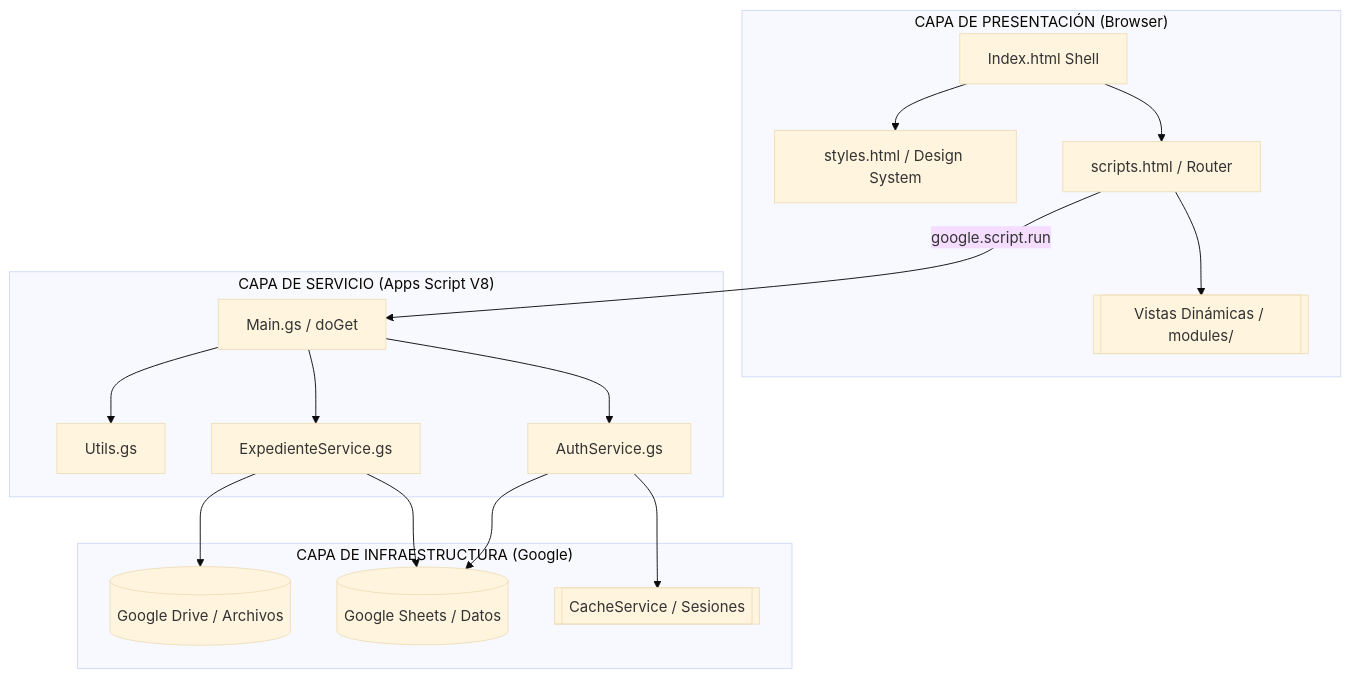
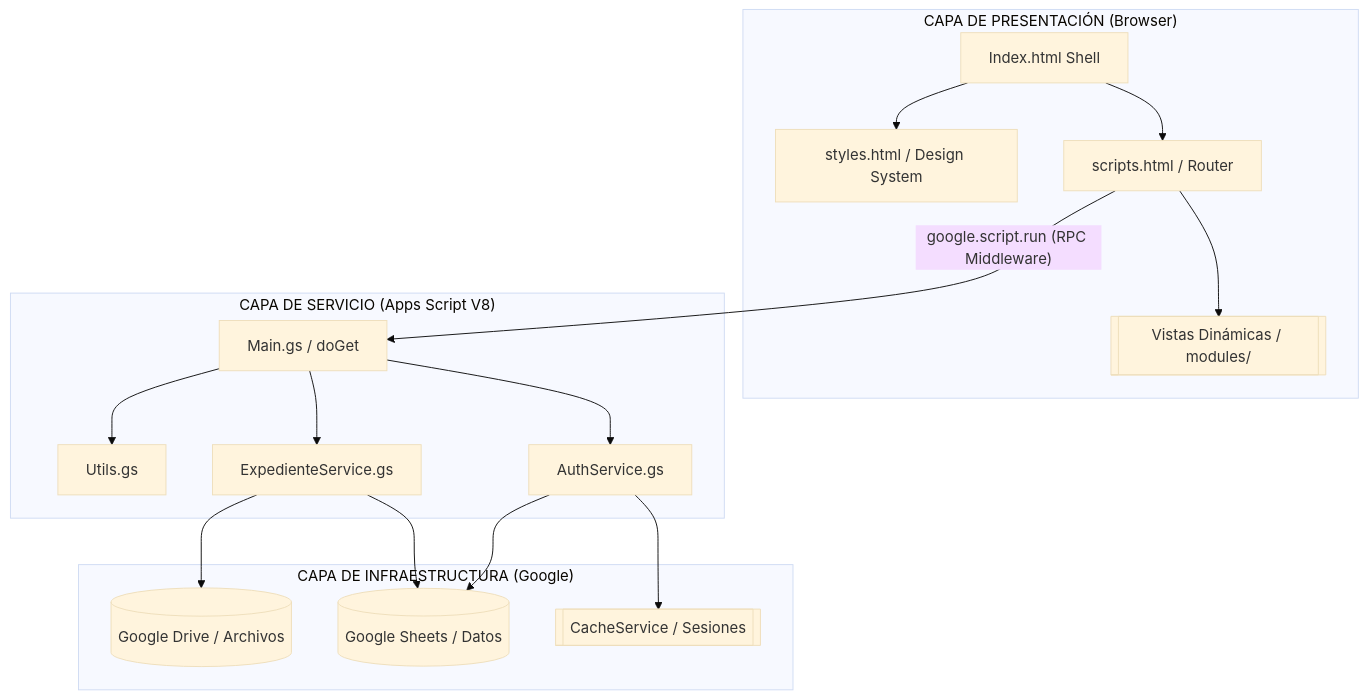
The first of 3 diagrams in README.md (jlangarica/Division-Servicios-Administrativos), drawn with Mermaid (base theme) before and after one commit. The commit also changed other lines of this file, not shown here.

````diff
--- a/README.md
+++ b/README.md
@@ -78,37 +80,37 @@
 ```mermaid
 graph TB
     subgraph "CAPA DE PRESENTACIÓN (Browser)"
         Index[Index.html Shell]
         Router[scripts.html / Router]
         CSS[styles.html / Design System]
         Modules[[Vistas Dinámicas / modules/]]
         
         Index --> Router
         Index --> CSS
         Router --> Modules
     end
 
     subgraph "CAPA DE SERVICIO (Apps Script V8)"
         Main[Main.gs / doGet]
         Auth[AuthService.gs]
         Data[ExpedienteService.gs]
         Utils[Utils.gs]
         
         Main --> Auth
         Main --> Data
         Main --> Utils
     end
 
     subgraph "CAPA DE INFRAESTRUCTURA (Google)"
         Sheets[(Google Sheets / Datos)]
         Cache[[CacheService / Sesiones]]
         Drive[(Google Drive / Archivos)]
         
         Auth --> Cache
         Auth --> Sheets
         Data --> Sheets
         Data --> Drive
     end
 
-    Router -- "google.script.run" --> Main
+    Router -- "google.script.run (RPC Middleware)" --> Main
 ```
````
